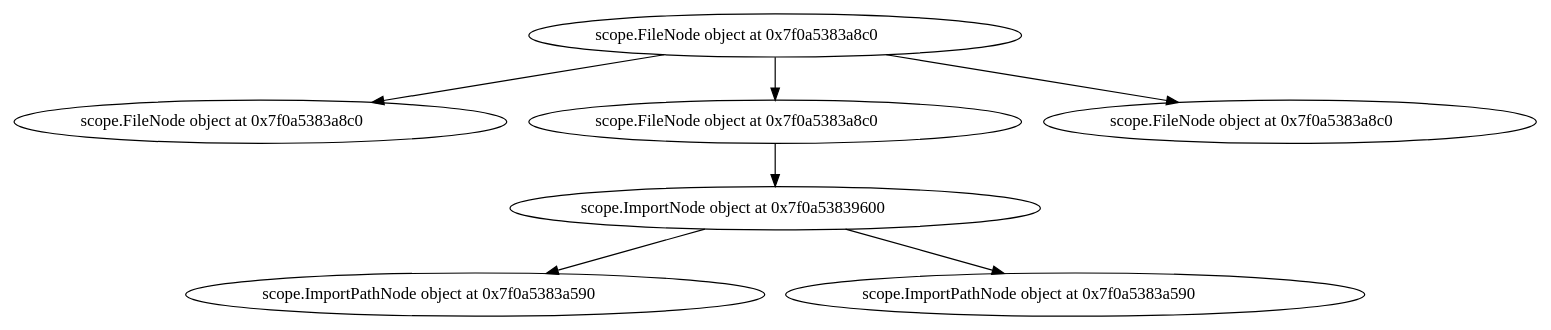
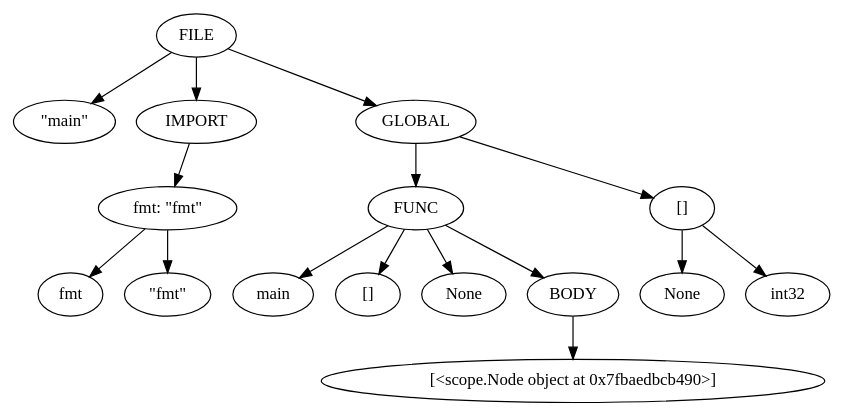
The diagram in test.dot (devanshusingla/GIPSC), drawn with Graphviz before and after one commit. The commit also changed 5 other files, not shown here.

```diff
--- a/test.dot
+++ b/test.dot
@@ -1,9 +1,18 @@
 digraph G {
 	0 -> 1;
 	0 -> 2;
 	2 -> 3;
 	3 -> 4;
 	3 -> 5;
 	0 -> 6;
-	0 [label=<scope.FileNode object at 0x7f0a5383a8c0>];	1 [label=<scope.FileNode object at 0x7f0a5383a8c0>];	2 [label=<scope.FileNode object at 0x7f0a5383a8c0>];	3 [label=<scope.ImportNode object at 0x7f0a53839600>];	4 [label=<scope.ImportPathNode object at 0x7f0a5383a590>];	5 [label=<scope.ImportPathNode object at 0x7f0a5383a590>];	6 [label=<scope.FileNode object at 0x7f0a5383a8c0>];
+	6 -> 7;
+	7 -> 8;
+	7 -> 9;
+	7 -> 10;
+	7 -> 11;
+	11 -> 12;
+	6 -> 13;
+	13 -> 14;
+	13 -> 15;
+	0 [label=FILE];	1 [label="\"main\""];	2 [label="IMPORT"];	3 [label="fmt: \"fmt\""];	4 [label="fmt"];	5 [label="\"fmt\""];	6 [label="GLOBAL"];	7 [label="FUNC"];	8 [label="main"];	9 [label="[]"];	10 [label="None"];	11 [label="BODY"];	12 [label="[<scope.Node object at 0x7fbaedbcb490>]"];	13 [label="[]"];	14 [label="None"];	15 [label="int32"];
 }
```
